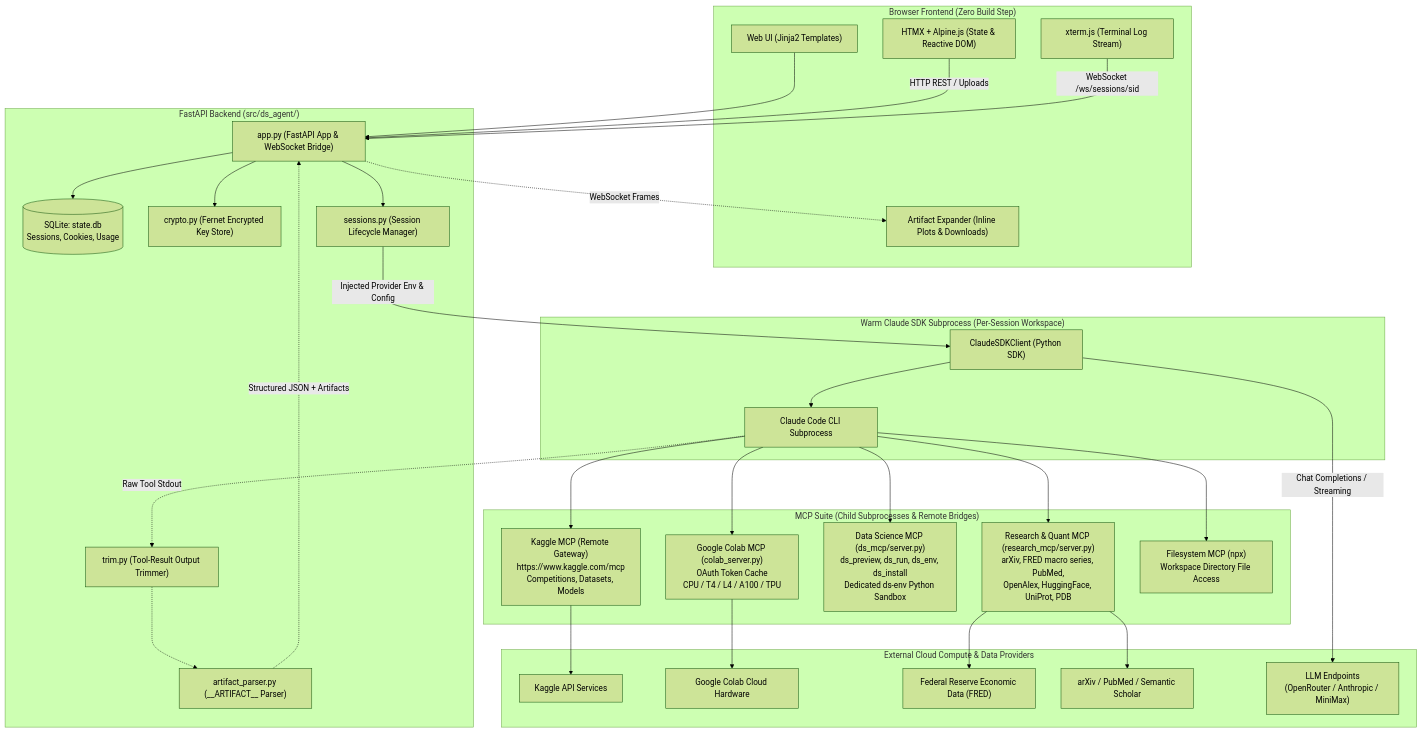
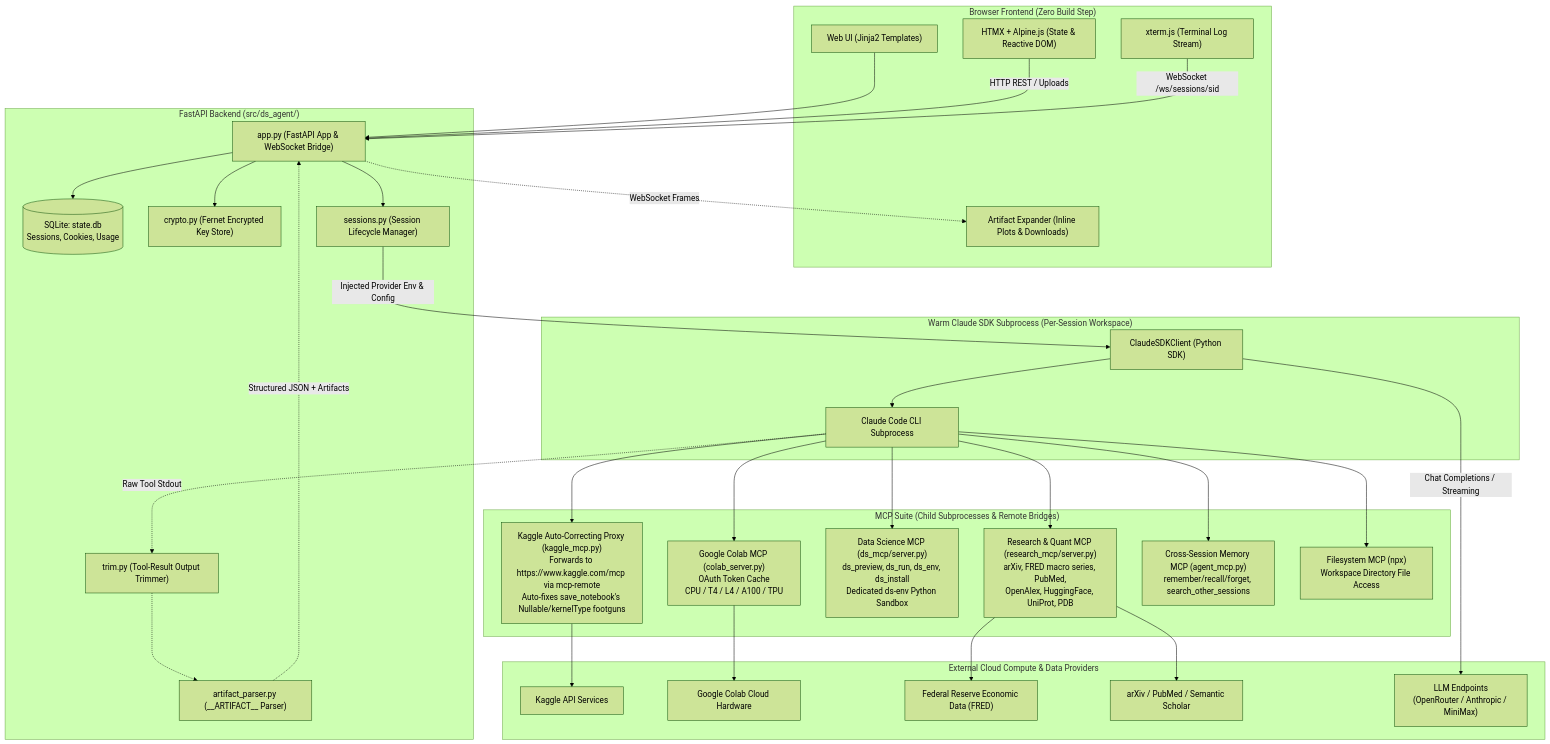
Before and after one commit to davidmiheev/ds-agent: the first of 5 diagrams in docs/arch.md, drawn with Mermaid (forest theme). The commit also changed other lines of this file and 4 other files, not shown here.

````diff
--- a/docs/arch.md
+++ b/docs/arch.md
@@ -11,64 +11,66 @@
 ```mermaid
 flowchart TD
     subgraph Client["Browser Frontend (Zero Build Step)"]
         UI["Web UI (Jinja2 Templates)"]
         HTMX["HTMX + Alpine.js (State & Reactive DOM)"]
         XTerm["xterm.js (Terminal Log Stream)"]
         ArtExp["Artifact Expander (Inline Plots & Downloads)"]
     end
 
     subgraph Server["FastAPI Backend (src/ds_agent/)"]
         App["app.py (FastAPI App & WebSocket Bridge)"]
         DB[("SQLite: state.db\nSessions, Cookies, Usage")]
         Vault["crypto.py (Fernet Encrypted Key Store)"]
         Sessions["sessions.py (Session Lifecycle Manager)"]
         Parser["artifact_parser.py (__ARTIFACT__ Parser)"]
         Trimmer["trim.py (Tool-Result Output Trimmer)"]
     end
 
     subgraph Subprocess["Warm Claude SDK Subprocess (Per-Session Workspace)"]
         SDK["ClaudeSDKClient (Python SDK)"]
         CLI["Claude Code CLI Subprocess"]
     end
 
     subgraph MCPs["MCP Suite (Child Subprocesses & Remote Bridges)"]
-        KaggleMCP["Kaggle MCP (Remote Gateway)\nhttps://www.kaggle.com/mcp\nCompetitions, Datasets, Models"]
+        KaggleMCP["Kaggle Auto-Correcting Proxy (kaggle_mcp.py)\nForwards to https://www.kaggle.com/mcp via mcp-remote\nAuto-fixes save_notebook's Nullable/kernelType footguns"]
         ColabMCP["Google Colab MCP (colab_server.py)\nOAuth Token Cache\nCPU / T4 / L4 / A100 / TPU"]
         DSMCP["Data Science MCP (ds_mcp/server.py)\nds_preview, ds_run, ds_env, ds_install\nDedicated ds-env Python Sandbox"]
         ResearchMCP["Research & Quant MCP (research_mcp/server.py)\narXiv, FRED macro series, PubMed,\nOpenAlex, HuggingFace, UniProt, PDB"]
+        MemoryMCP["Cross-Session Memory MCP (agent_mcp.py)\nremember/recall/forget, search_other_sessions"]
         FSMCP["Filesystem MCP (npx)\nWorkspace Directory File Access"]
     end
 
     subgraph External["External Cloud Compute & Data Providers"]
         KaggleAPI["Kaggle API Services"]
         ColabCloud["Google Colab Cloud Hardware"]
         FREDAPI["Federal Reserve Economic Data (FRED)"]
         arXivAPI["arXiv / PubMed / Semantic Scholar"]
         LLMGateways["LLM Endpoints\n(OpenRouter / Anthropic / MiniMax)"]
     end
 
     UI --> App
     HTMX -->|HTTP REST / Uploads| App
     XTerm -->|WebSocket /ws/sessions/sid| App
     App --> DB
     App --> Vault
     App --> Sessions
     Sessions -->|Injected Provider Env & Config| SDK
     SDK --> CLI
     CLI --> KaggleMCP
     CLI --> ColabMCP
     CLI --> DSMCP
     CLI --> ResearchMCP
+    CLI --> MemoryMCP
     CLI --> FSMCP
 
     KaggleMCP --> KaggleAPI
     ColabMCP --> ColabCloud
     ResearchMCP --> FREDAPI
     ResearchMCP --> arXivAPI
     SDK -->|Chat Completions / Streaming| LLMGateways
 
     CLI -.->|Raw Tool Stdout| Trimmer
     Trimmer -.-> Parser
     Parser -.->|Structured JSON + Artifacts| App
     App -.->|WebSocket Frames| ArtExp
 ```
````
